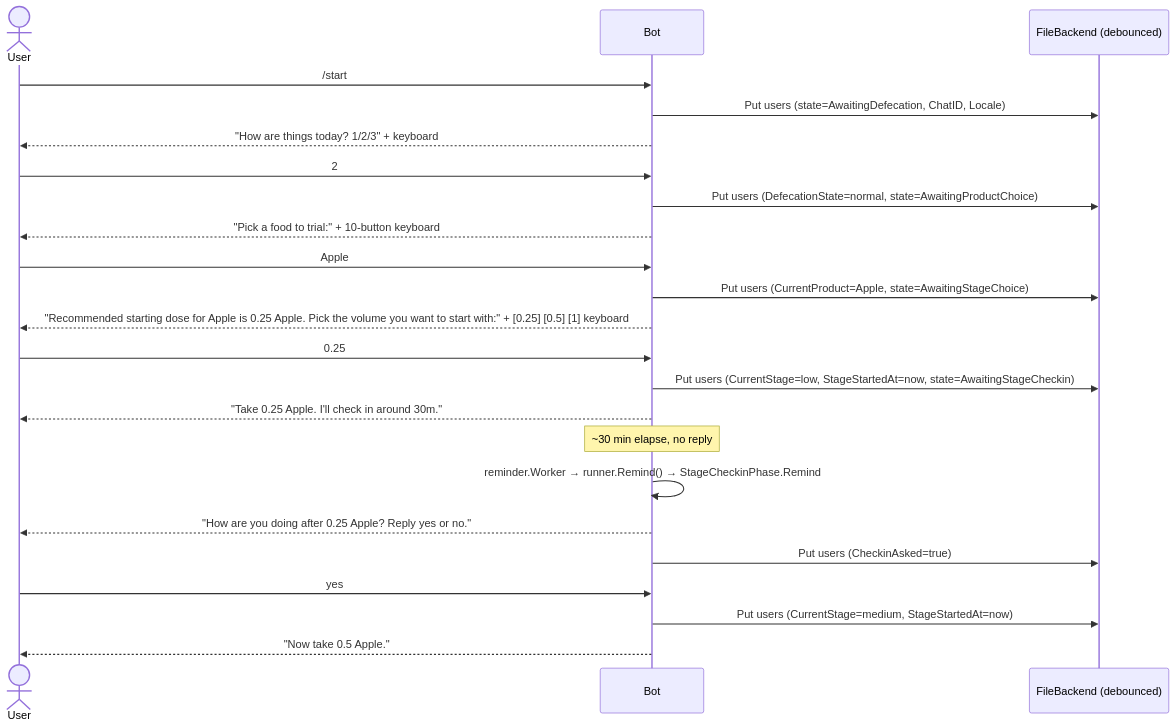
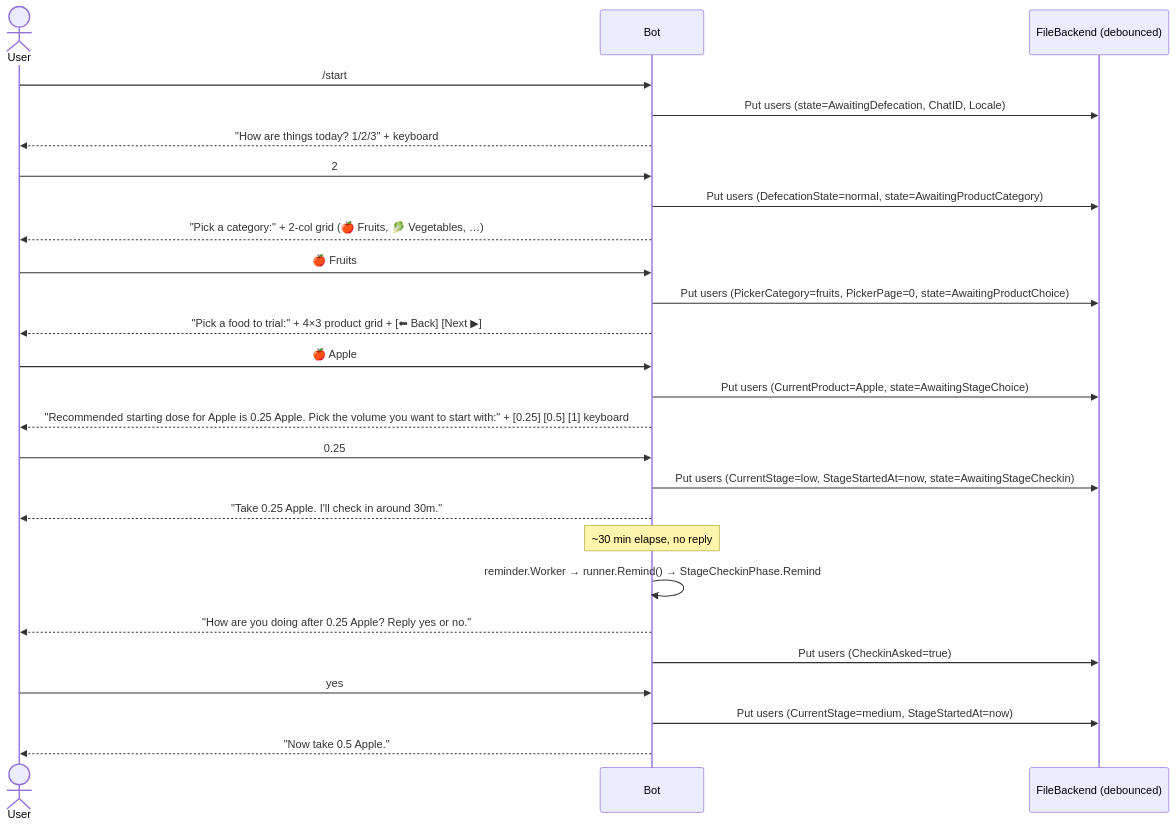
One commit to padington/tgbase changed the second of 2 diagrams in README.md. Above: the diagram before and after it, drawn with Mermaid. The commit also changed other lines of this file, not shown here.

Commit message:
docs: update flow diagrams for the category-first picker
State machine reflects the new AwaitingProductCategory step, the
in-place Prev/Next paging on AwaitingProductChoice, and the Back-tap
edge that hops back to category. Sequence diagram walks through a
category tap and shows the keyboard shape (4×3 grid + nav row).

````diff
--- a/README.md
+++ b/README.md
@@ -55,32 +58,36 @@
 ```mermaid
 sequenceDiagram
     actor User
     participant Bot
     participant Backend as FileBackend (debounced)
 
     User->>Bot: /start
     Bot->>Backend: Put users (state=AwaitingDefecation, ChatID, Locale)
     Bot-->>User: "How are things today? 1/2/3" + keyboard
 
     User->>Bot: 2
-    Bot->>Backend: Put users (DefecationState=normal, state=AwaitingProductChoice)
-    Bot-->>User: "Pick a food to trial:" + 10-button keyboard
+    Bot->>Backend: Put users (DefecationState=normal, state=AwaitingProductCategory)
+    Bot-->>User: "Pick a category:" + 2-col grid (🍎 Fruits, 🥬 Vegetables, …)
 
-    User->>Bot: Apple
+    User->>Bot: 🍎 Fruits
+    Bot->>Backend: Put users (PickerCategory=fruits, PickerPage=0, state=AwaitingProductChoice)
+    Bot-->>User: "Pick a food to trial:" + 4×3 product grid + [⬅ Back] [Next ▶]
+
+    User->>Bot: 🍎 Apple
     Bot->>Backend: Put users (CurrentProduct=Apple, state=AwaitingStageChoice)
     Bot-->>User: "Recommended starting dose for Apple is 0.25 Apple. Pick the volume you want to start with:" + [0.25] [0.5] [1] keyboard
 
     User->>Bot: 0.25
     Bot->>Backend: Put users (CurrentStage=low, StageStartedAt=now, state=AwaitingStageCheckin)
     Bot-->>User: "Take 0.25 Apple. I'll check in around 30m."
 
     Note over Bot: ~30 min elapse, no reply
 
     Bot->>Bot: reminder.Worker → runner.Remind() → StageCheckinPhase.Remind
     Bot-->>User: "How are you doing after 0.25 Apple? Reply yes or no."
     Bot->>Backend: Put users (CheckinAsked=true)
 
     User->>Bot: yes
     Bot->>Backend: Put users (CurrentStage=medium, StageStartedAt=now)
     Bot-->>User: "Now take 0.5 Apple."
 ```
````
